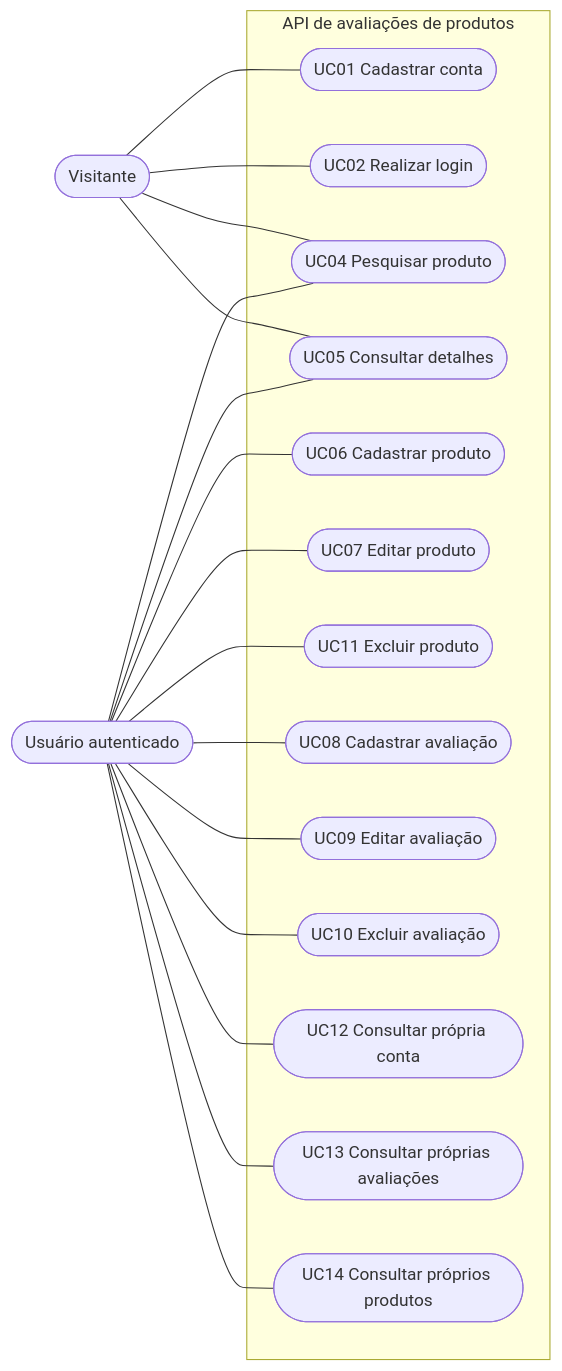
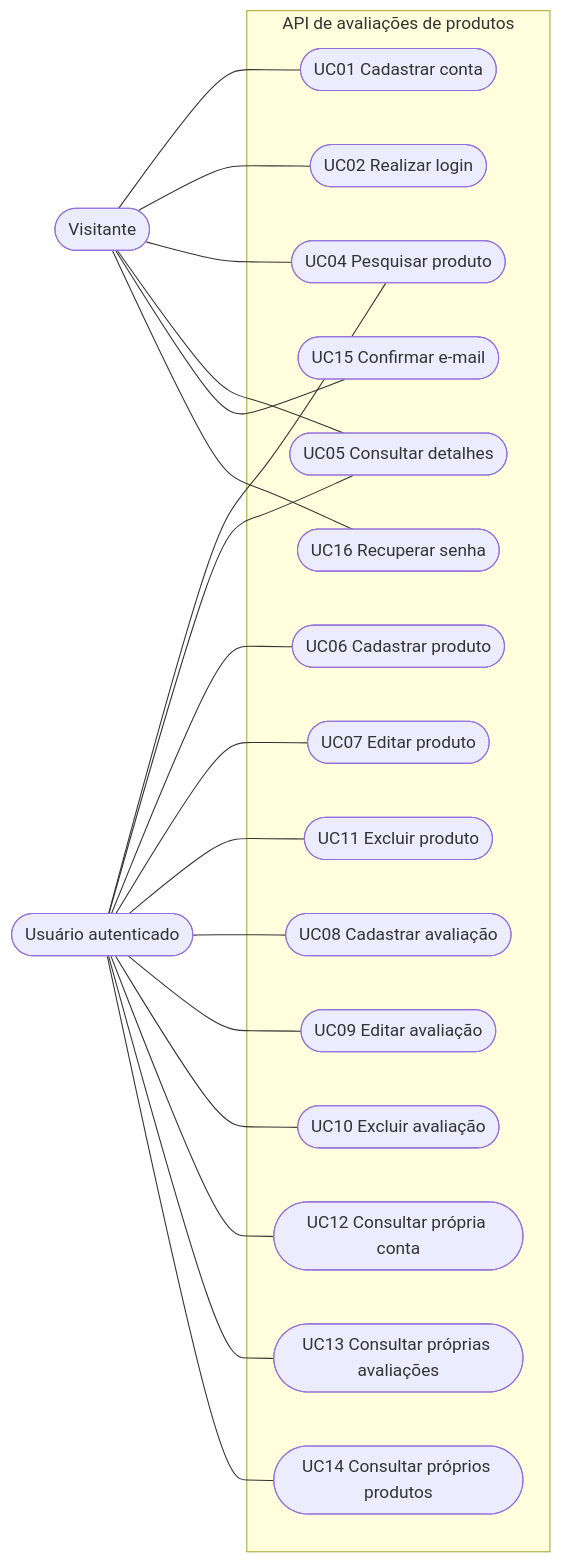
One commit to vsys-val/fastapi-merchant-app changed the second of 7 diagrams in docs/diagramas.md. Above: the diagram before and after it, drawn with Mermaid. The commit also changed other lines of this file and 15 other files, not shown here.

````diff
--- a/docs/diagramas.md
+++ b/docs/diagramas.md
@@ -26,24 +26,27 @@
 ```mermaid
 flowchart LR
   V([Visitante])
   U([Usuário autenticado])
   subgraph API de avaliações de produtos
     UC01([UC01 Cadastrar conta])
     UC02([UC02 Realizar login])
     UC04([UC04 Pesquisar produto])
     UC05([UC05 Consultar detalhes])
     UC06([UC06 Cadastrar produto])
     UC07([UC07 Editar produto])
     UC11([UC11 Excluir produto])
     UC08([UC08 Cadastrar avaliação])
     UC09([UC09 Editar avaliação])
     UC10([UC10 Excluir avaliação])
     UC12([UC12 Consultar própria conta])
     UC13([UC13 Consultar próprias avaliações])
     UC14([UC14 Consultar próprios produtos])
+    UC15([UC15 Confirmar e-mail])
+    UC16([UC16 Recuperar senha])
   end
   V --- UC01 & UC02 & UC04 & UC05
+  V --- UC15 & UC16
   U --- UC04 & UC05 & UC06 & UC07 & UC11
   U --- UC08 & UC09 & UC10
   U --- UC12 & UC13 & UC14
 ```
````
